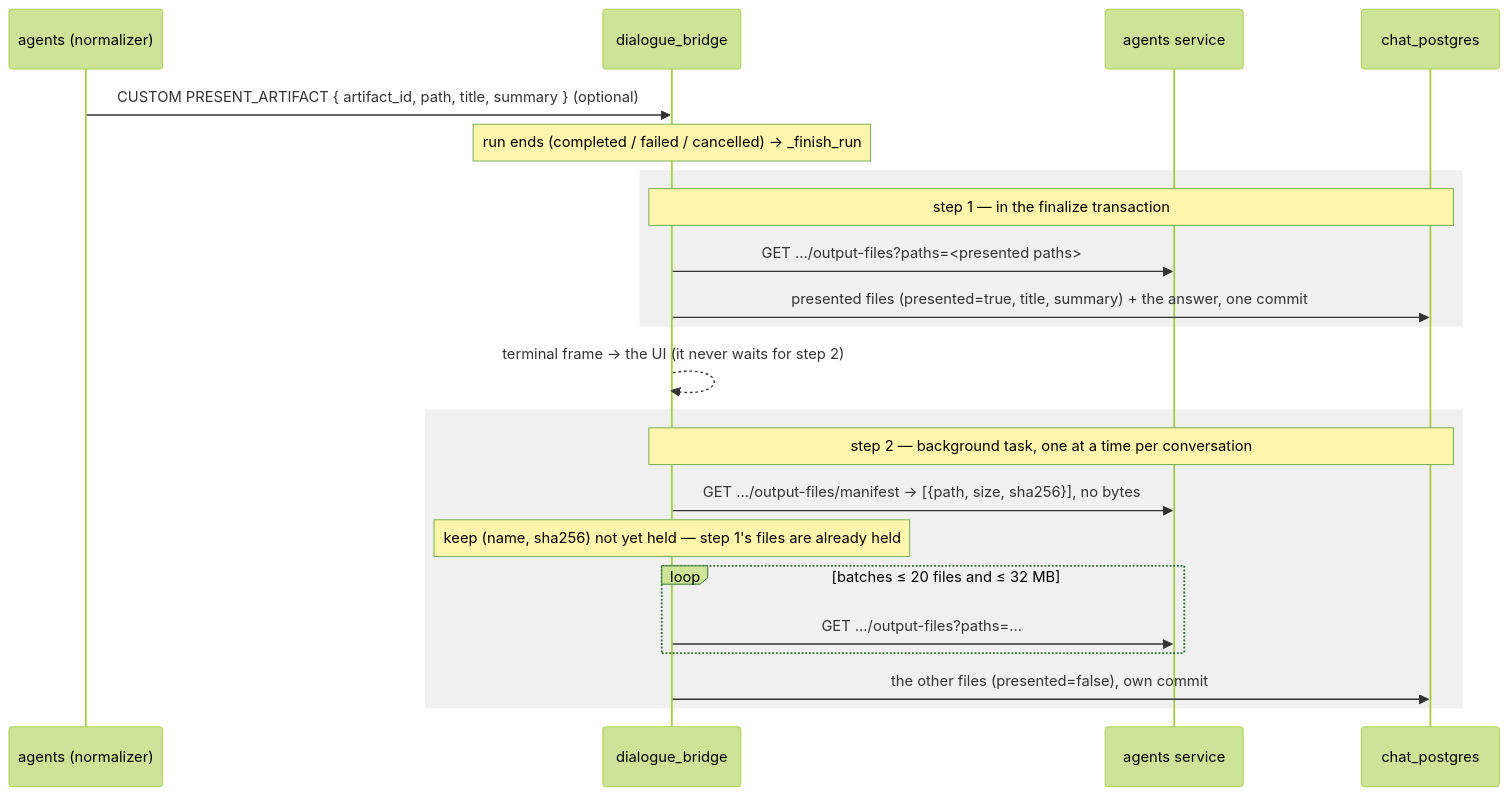
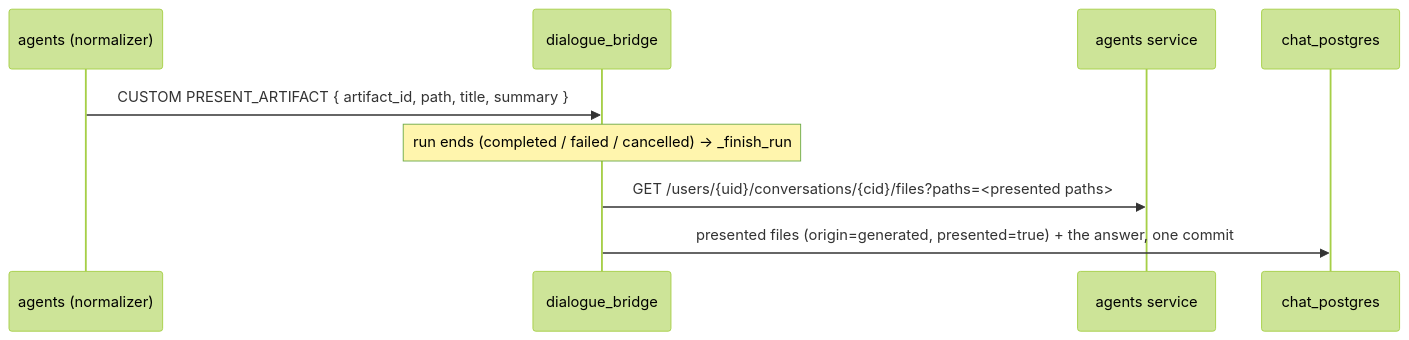
Before and after one commit to konstantinosmpouros/mAgenticX: the fourth of 4 diagrams in docs/flows/attachments.md, drawn with Mermaid (forest theme). The commit also changed other lines of this file and 133 other files, not shown here.

````diff
--- a/docs/flows/attachments.md
+++ b/docs/flows/attachments.md
@@ -303,25 +300,12 @@
 ```mermaid
 sequenceDiagram
     participant AG as agents (normalizer)
     participant D as dialogue_bridge
     participant A as agents service
     participant PG as chat_postgres
 
-    AG->>D: CUSTOM PRESENT_ARTIFACT { artifact_id, path, title, summary } (optional)
+    AG->>D: CUSTOM PRESENT_ARTIFACT { artifact_id, path, title, summary }
     Note over D: run ends (completed / failed / cancelled) → _finish_run
-    rect rgb(240,240,240)
-    Note over D,PG: step 1 — in the finalize transaction
-    D->>A: GET …/output-files?paths=<presented paths>
-    D->>PG: presented files (presented=true, title, summary) + the answer, one commit
-    end
-    D-->>D: terminal frame → the UI (it never waits for step 2)
-    rect rgb(240,240,240)
-    Note over D,PG: step 2 — background task, one at a time per conversation
-    D->>A: GET …/output-files/manifest → [{path, size, sha256}], no bytes
-    Note over D: keep (name, sha256) not yet held — step 1's files are already held
-    loop batches ≤ 20 files and ≤ 32 MB
-        D->>A: GET …/output-files?paths=…
-    end
-    D->>PG: the other files (presented=false), own commit
-    end
+    D->>A: GET /users/{uid}/conversations/{cid}/files?paths=<presented paths>
+    D->>PG: presented files (origin=generated, presented=true) + the answer, one commit
 ```
````
